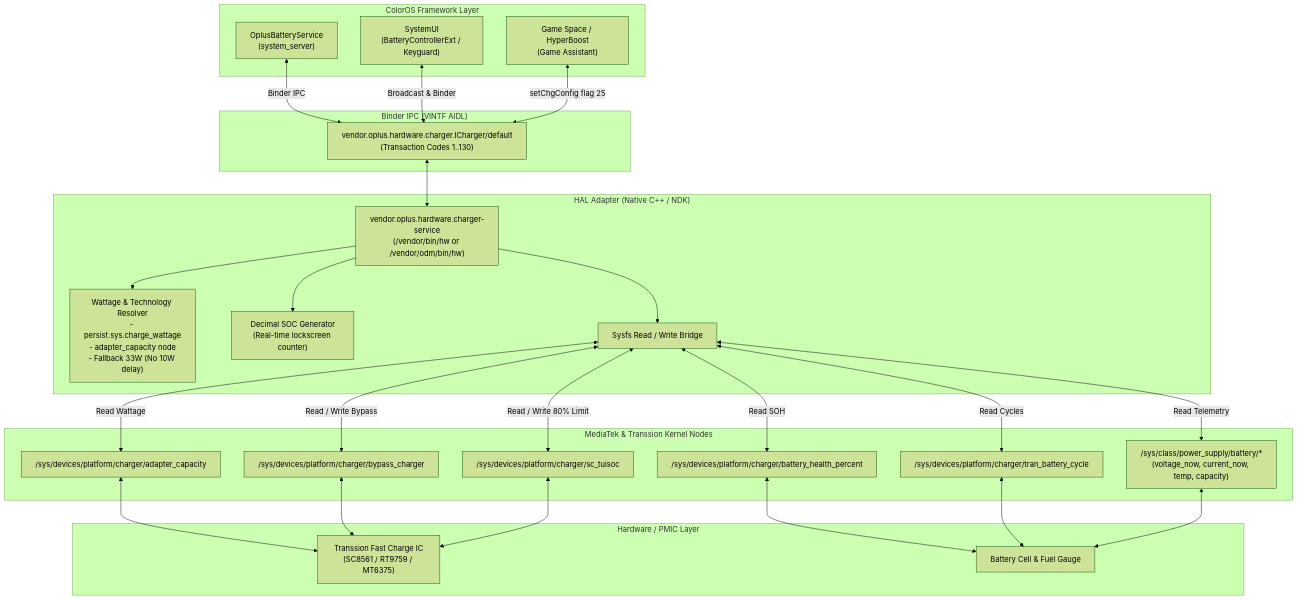
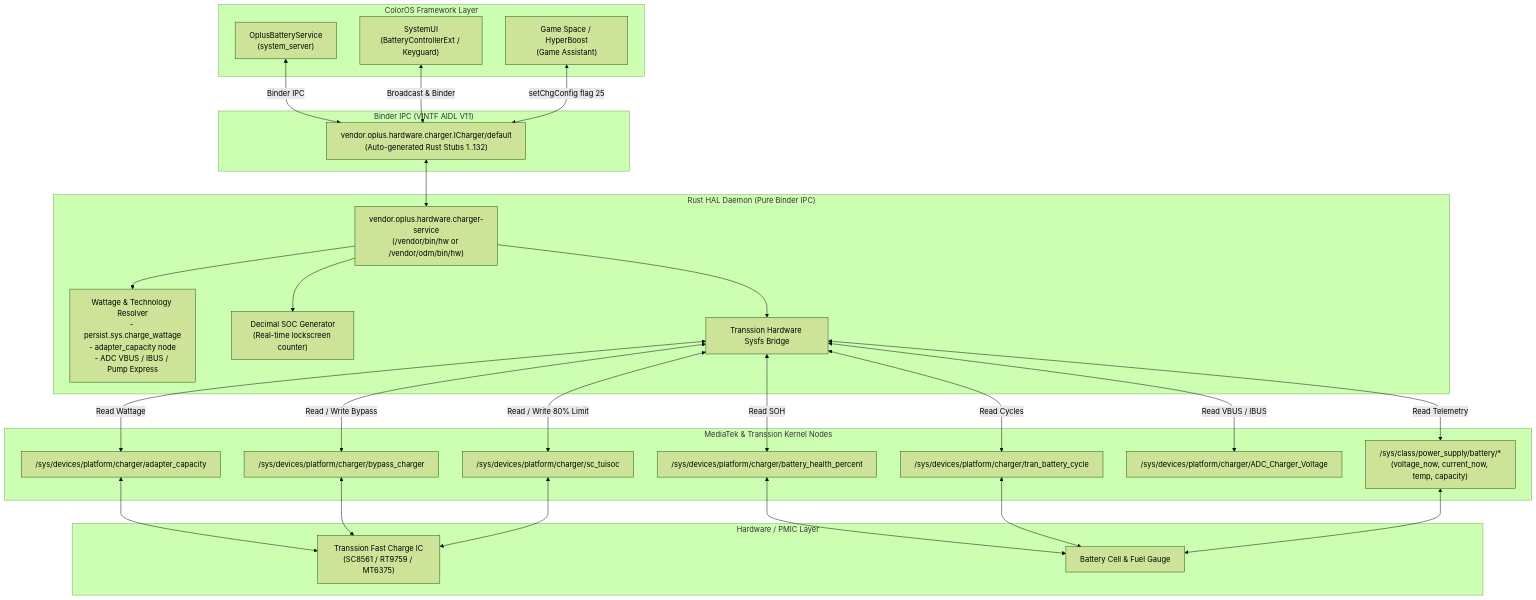
One commit to RapliVx/OPlus-Charger-Bridge-Transsion changed the diagram in README.md. Above: the diagram before and after it, drawn with Mermaid (forest theme). The commit also changed other lines of this file and 9 other files, not shown here.

First line of the commit message:
feat: rewrite charger bridge in Rust with AIDL V11

````diff
--- a/README.md
+++ b/README.md
@@ -22,56 +22,58 @@
 ```mermaid
 flowchart TD
     subgraph ColorOS_Framework ["ColorOS Framework Layer"]
         BATT_SVC["OplusBatteryService\n(system_server)"]
         SYS_UI["SystemUI\n(BatteryControllerExt / Keyguard)"]
         GAME_SPACE["Game Space / HyperBoost\n(Game Assistant)"]
     end
 
-    subgraph IPC ["Binder IPC (VINTF AIDL)"]
-        AIDL["vendor.oplus.hardware.charger.ICharger/default\n(Transaction Codes 1..130)"]
+    subgraph IPC ["Binder IPC (VINTF AIDL V11)"]
+        AIDL["vendor.oplus.hardware.charger.ICharger/default\n(Auto-generated Rust Stubs 1..132)"]
     end
 
-    subgraph HAL_Daemon ["HAL Adapter (Native C++ / NDK)"]
+    subgraph HAL_Daemon ["Rust HAL Daemon (Pure Binder IPC)"]
         DAEMON["vendor.oplus.hardware.charger-service\n(/vendor/bin/hw or /vendor/odm/bin/hw)"]
-        WATT_RESOLVER["Wattage & Technology Resolver\n- persist.sys.charge_wattage\n- adapter_capacity node\n- Fallback 33W (No 10W delay)"]
+        WATT_RESOLVER["Wattage & Technology Resolver\n- persist.sys.charge_wattage\n- adapter_capacity node\n- ADC VBUS / IBUS / Pump Express"]
         DECIMAL_SIM["Decimal SOC Generator\n(Real-time lockscreen counter)"]
-        SYSFS_BRIDGE["Sysfs Read / Write Bridge"]
+        SYSFS_BRIDGE["Transsion Hardware Sysfs Bridge"]
     end
 
     subgraph Kernel_Sysfs ["MediaTek & Transsion Kernel Nodes"]
         NODE_CAP["/sys/devices/platform/charger/adapter_capacity"]
         NODE_BYPASS["/sys/devices/platform/charger/bypass_charger"]
         NODE_LIMIT["/sys/devices/platform/charger/sc_tuisoc"]
         NODE_HEALTH["/sys/devices/platform/charger/battery_health_percent"]
         NODE_CYCLE["/sys/devices/platform/charger/tran_battery_cycle"]
+        NODE_VBUS["/sys/devices/platform/charger/ADC_Charger_Voltage"]
         NODE_BATT["/sys/class/power_supply/battery/*\n(voltage_now, current_now, temp, capacity)"]
     end
 
     subgraph Hardware ["Hardware / PMIC Layer"]
         CHARGER_IC["Transsion Fast Charge IC\n(SC8561 / RT9759 / MT6375)"]
         BATTERY_CELL["Battery Cell & Fuel Gauge"]
     end
 
     BATT_SVC <-->|Binder IPC| AIDL
     SYS_UI <-->|Broadcast & Binder| AIDL
     GAME_SPACE <-->|setChgConfig flag 25| AIDL
 
     AIDL <--> DAEMON
     DAEMON --> WATT_RESOLVER
     DAEMON --> DECIMAL_SIM
     DAEMON --> SYSFS_BRIDGE
 
     SYSFS_BRIDGE <-->|Read Wattage| NODE_CAP
     SYSFS_BRIDGE <-->|Read / Write Bypass| NODE_BYPASS
     SYSFS_BRIDGE <-->|Read / Write 80% Limit| NODE_LIMIT
     SYSFS_BRIDGE <-->|Read SOH| NODE_HEALTH
     SYSFS_BRIDGE <-->|Read Cycles| NODE_CYCLE
+    SYSFS_BRIDGE <-->|Read VBUS / IBUS| NODE_VBUS
     SYSFS_BRIDGE <-->|Read Telemetry| NODE_BATT
 
     NODE_CAP <--> CHARGER_IC
     NODE_BYPASS <--> CHARGER_IC
     NODE_LIMIT <--> CHARGER_IC
     NODE_HEALTH <--> BATTERY_CELL
     NODE_CYCLE <--> BATTERY_CELL
     NODE_BATT <--> BATTERY_CELL
 ```
````
